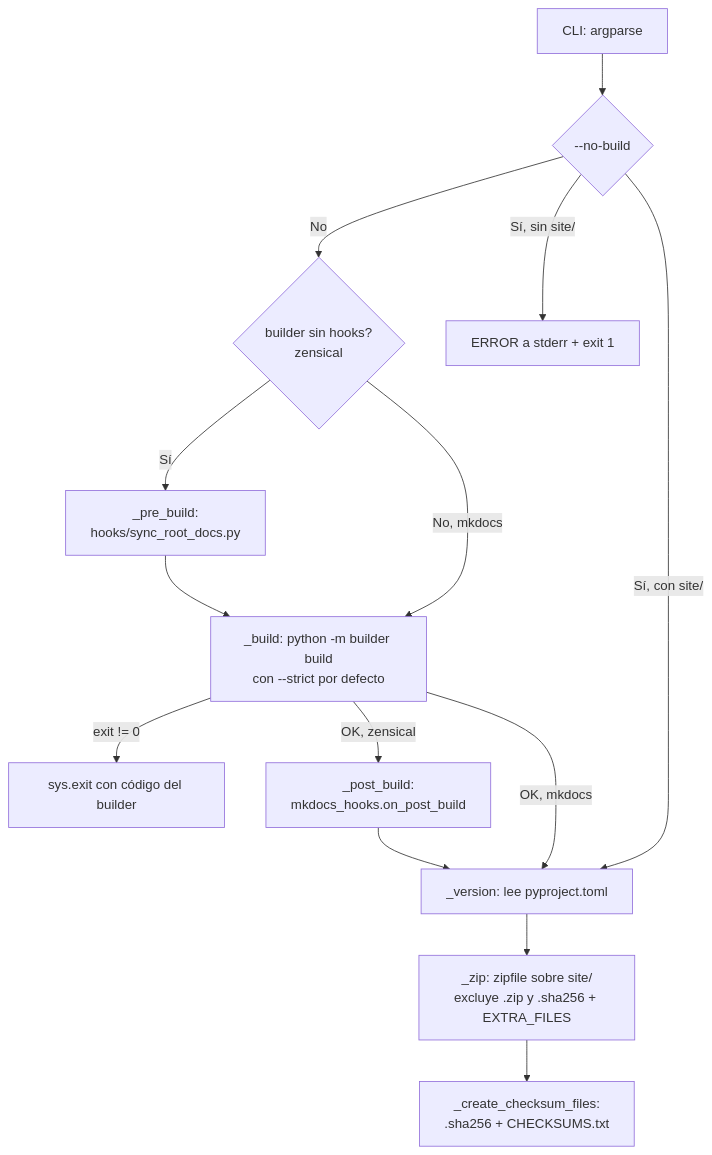
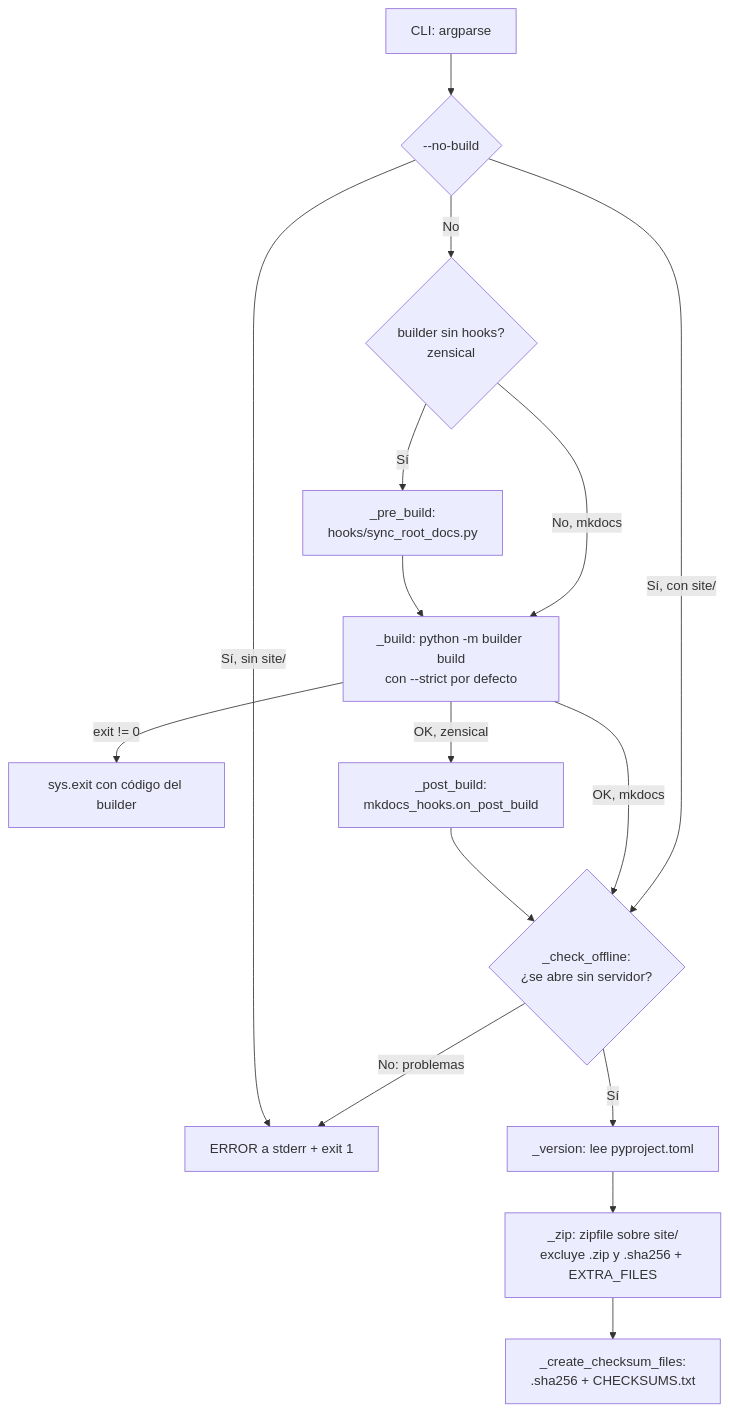
Before and after one commit to fmanza/doc_ia: the first of 2 diagrams in docs/api/build_docs_zip.md, drawn with Mermaid. The commit also changed other lines of this file and 47 other files, not shown here.

First line of the commit message:
feat(product): ZIP navegable sin servidor con doble clic en index.html

````diff
--- a/docs/api/build_docs_zip.md
+++ b/docs/api/build_docs_zip.md
@@ -18,18 +20,20 @@
 ```mermaid
 flowchart TD
     accTitle: Flujo de build_docs_zip.py
-    accDescr: Sin --no-build ejecuta el pre-build si el generador no admite hooks, construye el sitio en modo estricto y, con Zensical, el post-build; después lee la versión, crea el ZIP y los ficheros de checksum. Con --no-build reutiliza site/ o falla si no existe.
+    accDescr: Sin --no-build ejecuta el pre-build si el generador no admite hooks, construye el sitio en modo estricto y, con Zensical, el post-build. Con --no-build reutiliza site/ o falla si no existe. Después comprueba que site/ se abre sin servidor, lee la versión, crea el ZIP y los ficheros de checksum.
     A[CLI: argparse] --> B{--no-build}
     B -- No --> P{builder sin hooks?<br/>zensical}
     P -- Sí --> PRE[_pre_build:<br/>hooks/sync_root_docs.py]
     PRE --> C[_build: python -m builder build<br/>con --strict por defecto]
     P -- "No, mkdocs" --> C
     C -- "exit != 0" --> X[sys.exit con código del builder]
     C -- "OK, zensical" --> POST[_post_build:<br/>mkdocs_hooks.on_post_build]
-    POST --> D
+    POST --> K
     B -- "Sí, sin site/" --> Y[ERROR a stderr + exit 1]
-    C -- "OK, mkdocs" --> D[_version: lee pyproject.toml]
-    B -- "Sí, con site/" --> D
+    C -- "OK, mkdocs" --> K{"_check_offline:<br/>¿se abre sin servidor?"}
+    B -- "Sí, con site/" --> K
+    K -- "No: problemas" --> Y
+    K -- Sí --> D[_version: lee pyproject.toml]
     D --> E["_zip: zipfile sobre site/<br/>excluye .zip y .sha256 + EXTRA_FILES"]
     E --> F[_create_checksum_files:<br/>.sha256 + CHECKSUMS.txt]
 ```
````
